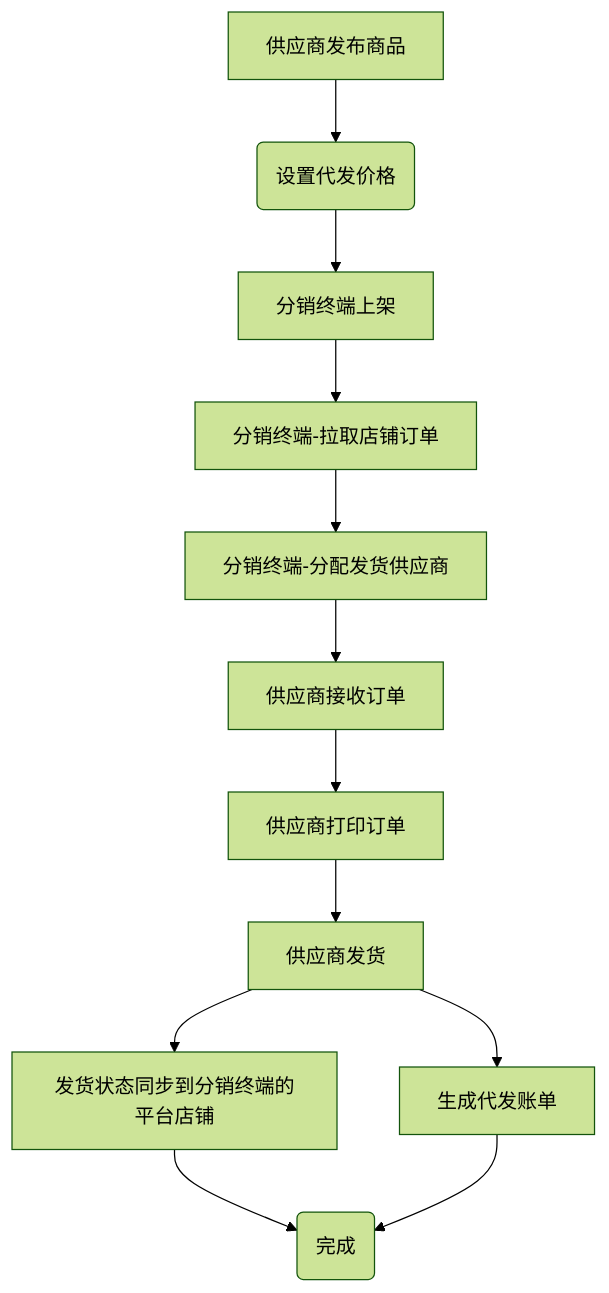
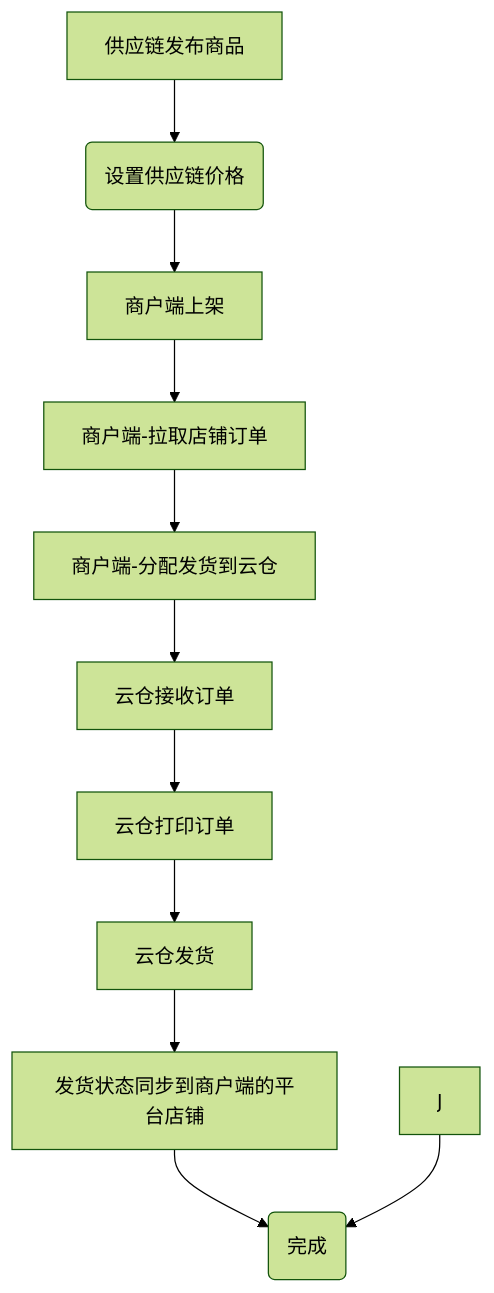
The diagram in README.md (zeasin/qihangerp-scm), drawn with Mermaid (forest theme) before and after one commit. The commit also changed other lines of this file and 449 other files, not shown here.

````diff
--- a/README.md
+++ b/README.md
@@ -30,15 +25,14 @@
 ```mermaid
 graph TB
-A[供应商发布商品] -->B(设置代发价格)
-    B --> E[分销终端上架]
-    E --> C[分销终端-拉取店铺订单]
-    C --> D[分销终端-分配发货供应商]
-    D --> F[供应商接收订单]
-    F --> G[供应商打印订单]
-    G --> H[供应商发货]
-    H --> J[生成代发账单]
-    H --> I[发货状态同步到分销终端的平台店铺]
+A[供应链发布商品] -->B(设置供应链价格)
+    B --> E[商户端上架]
+    E --> C[商户端-拉取店铺订单]
+    C --> D[商户端-分配发货到云仓]
+    D --> F[云仓接收订单]
+    F --> G[云仓打印订单]
+    G --> H[云仓发货]
+    H --> I[发货状态同步到商户端的平台店铺]
     I --> K(完成)
     J --> K
 
 ```
````
